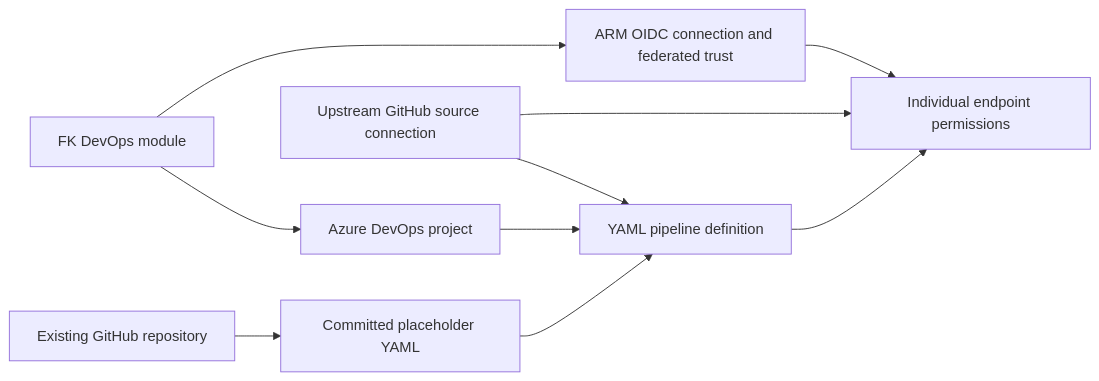
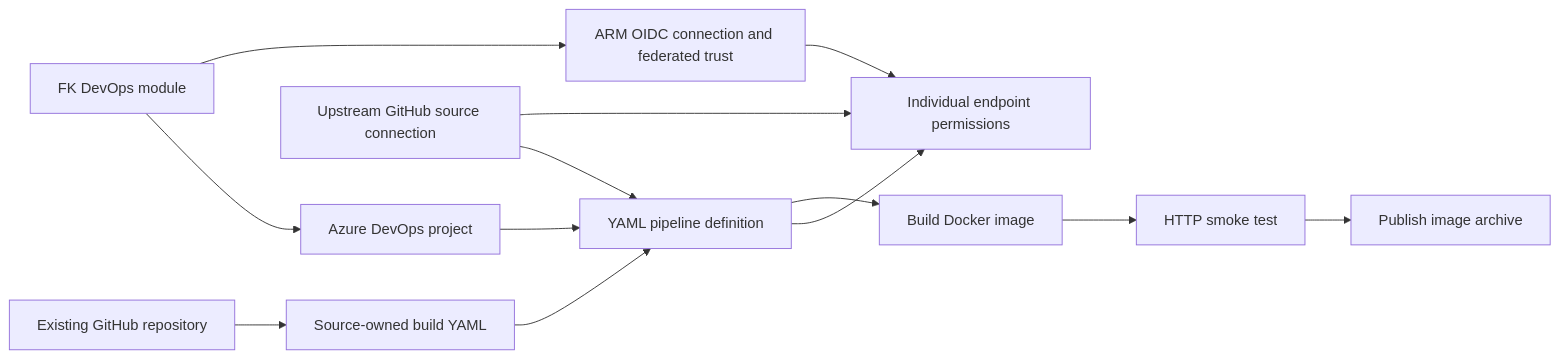
One commit to foggykitchen/terraform-az-fk-devops-pipeline changed the diagram in examples/01_pipeline_definition_github_source/README.md. Above: the diagram before and after it, drawn with Mermaid. The commit also changed other lines of this file and 9 other files, not shown here.

````diff
--- a/examples/01_pipeline_definition_github_source/README.md
+++ b/examples/01_pipeline_definition_github_source/README.md
@@ -13,12 +13,15 @@
 ```mermaid
 flowchart LR
     D[FK DevOps module] --> P[Azure DevOps project]
     D --> A[ARM OIDC connection and federated trust]
     G[Upstream GitHub source connection] --> B[YAML pipeline definition]
-    R[Existing GitHub repository] --> Y[Committed placeholder YAML]
+    R[Existing GitHub repository] --> Y[Source-owned build YAML]
     Y --> B
     P --> B
     B --> E[Individual endpoint permissions]
     A --> E
     G --> E
+    B --> I[Build Docker image]
+    I --> T[HTTP smoke test]
+    T --> O[Publish image archive]
 ```
````
